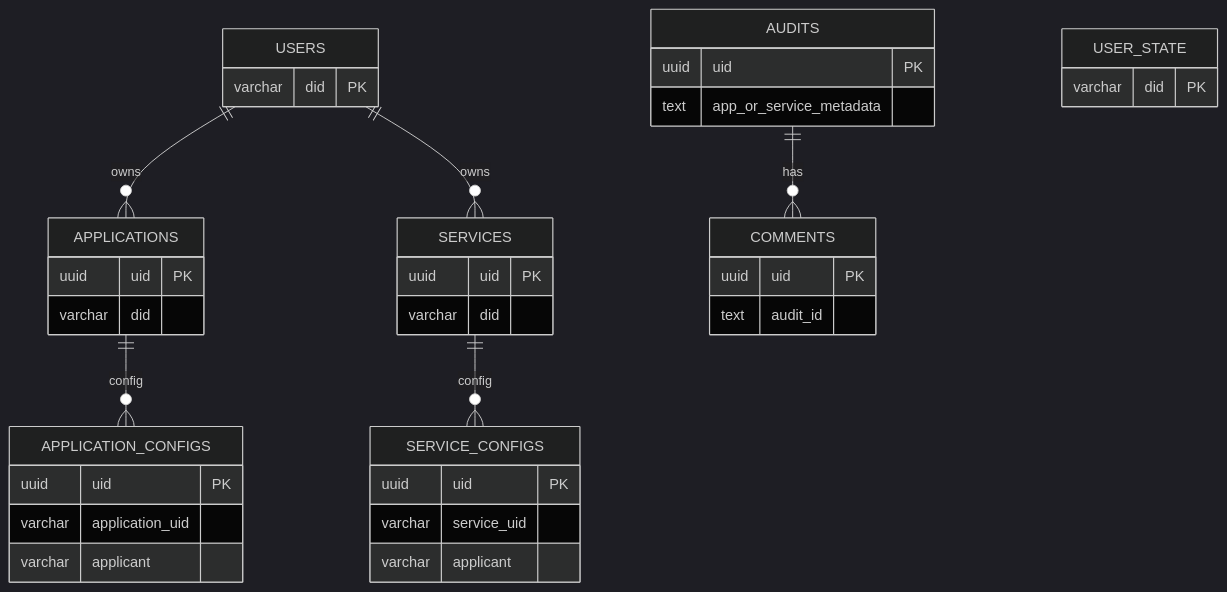
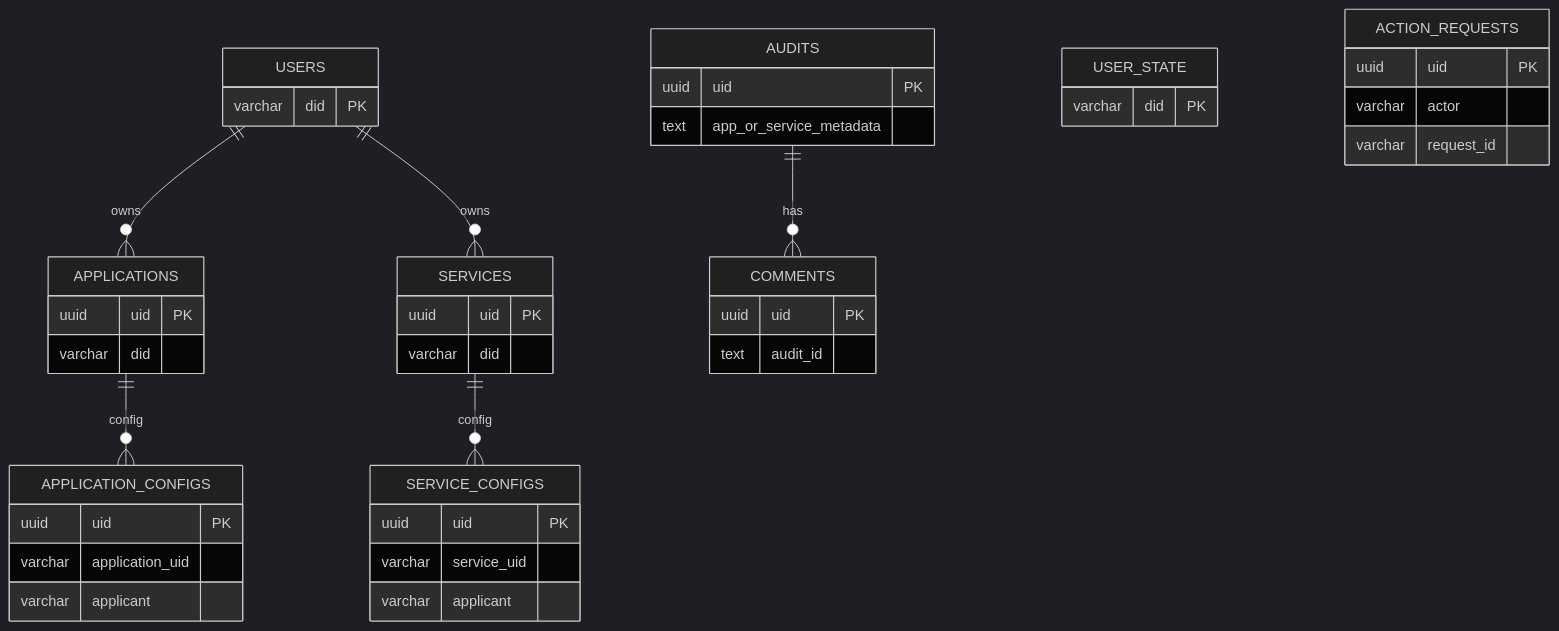
The diagram in docs/schema.md (yeying-community/node), drawn with Mermaid (dark theme) before and after one commit. The commit also changed other lines of this file and 80 other files, not shown here.

````diff
--- a/docs/schema.md
+++ b/docs/schema.md
@@ -8,41 +8,46 @@
 ```mermaid
 erDiagram
   USERS ||--o{ APPLICATIONS : owns
   USERS ||--o{ SERVICES : owns
   AUDITS ||--o{ COMMENTS : has
   SERVICES ||--o{ SERVICE_CONFIGS : config
   APPLICATIONS ||--o{ APPLICATION_CONFIGS : config
 
   USERS {
     varchar did PK
   }
   USER_STATE {
     varchar did PK
+  }
+  ACTION_REQUESTS {
+    uuid uid PK
+    varchar actor
+    varchar request_id
   }
   APPLICATIONS {
     uuid uid PK
     varchar did
   }
   SERVICES {
     uuid uid PK
     varchar did
   }
   SERVICE_CONFIGS {
     uuid uid PK
     varchar service_uid
     varchar applicant
   }
   AUDITS {
     uuid uid PK
     text app_or_service_metadata
   }
   APPLICATION_CONFIGS {
     uuid uid PK
     varchar application_uid
     varchar applicant
   }
   COMMENTS {
     uuid uid PK
     text audit_id
   }
 ```
````
